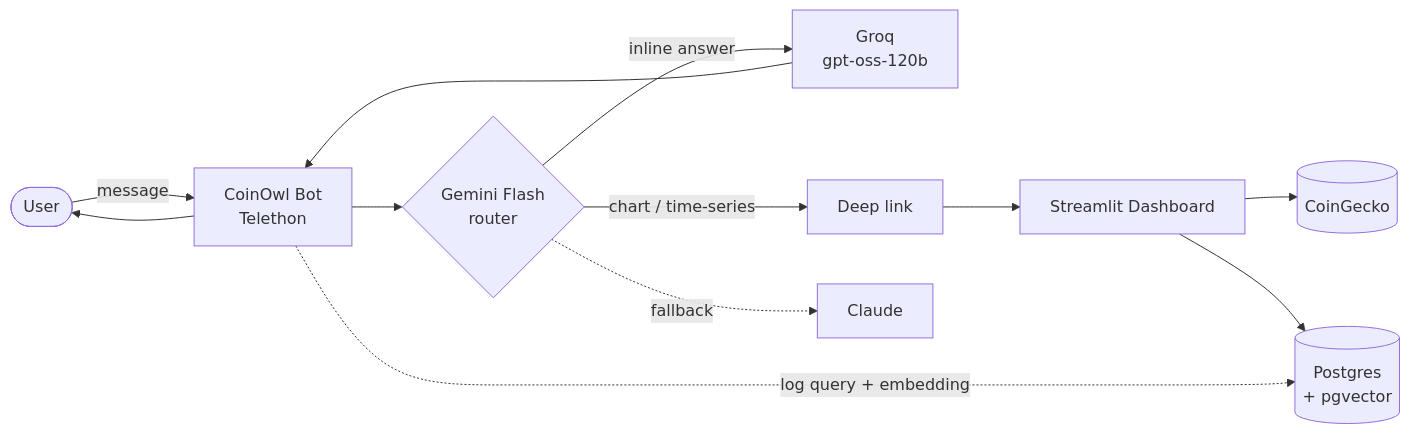
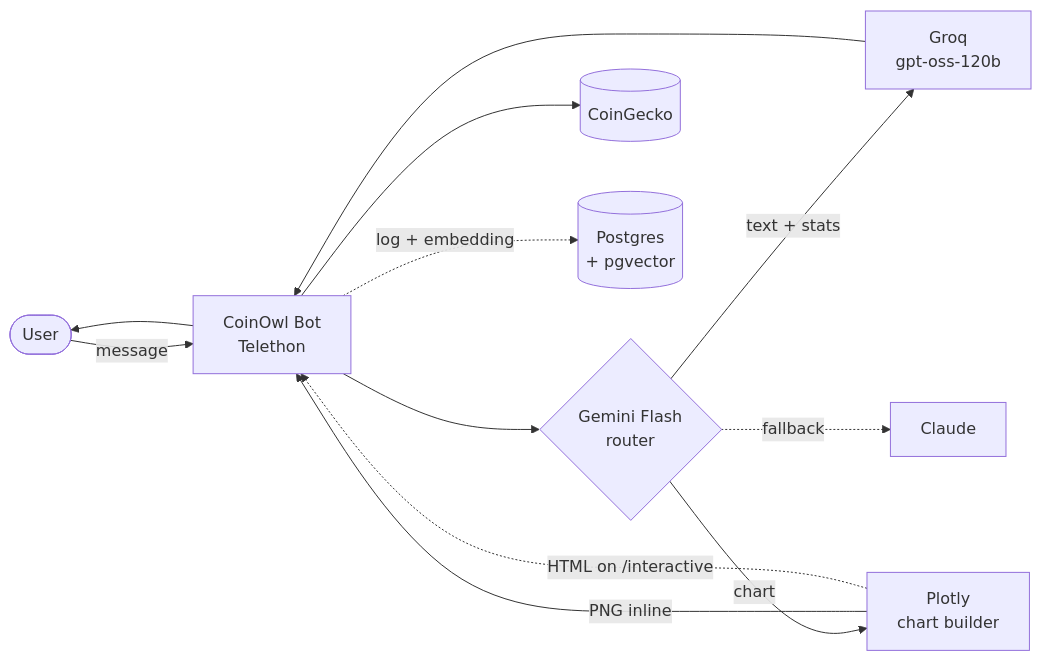
Before and after one commit to Sabakhupenia/coinowl: the diagram in README.md, drawn with Mermaid. The commit also changed other lines of this file and 2 other files, not shown here.

First line of the commit message:
Pivot v1 architecture: in-chat charts, drop Streamlit dashboard

````diff
--- a/README.md
+++ b/README.md
@@ -13,14 +13,14 @@
 ```mermaid
 flowchart LR
     U([User]) -->|message| B[CoinOwl Bot<br/>Telethon]
     B --> A{Gemini Flash<br/>router}
-    A -->|inline answer| G[Groq<br/>gpt-oss-120b]
-    A -->|chart / time-series| L[Deep link]
-    A -.->|fallback| C[Claude]
+    A -->|"text + stats"| G[Groq<br/>gpt-oss-120b]
+    A -->|"chart"| CH[Plotly<br/>chart builder]
+    A -.->|"fallback"| C[Claude]
     G --> B
-    L --> D[Streamlit Dashboard]
-    D --> CG[(CoinGecko)]
-    D --> P[(Postgres<br/>+ pgvector)]
-    B -.->|log query + embedding| P
+    CH -->|PNG inline| B
+    CH -.->|HTML on /interactive| B
+    B --> CG[(CoinGecko)]
+    B -.->|log + embedding| P[(Postgres<br/>+ pgvector)]
     B --> U
 ```
````
